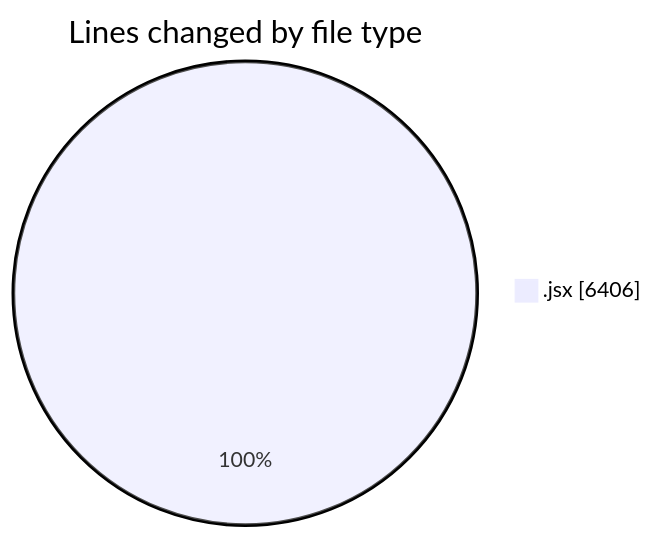
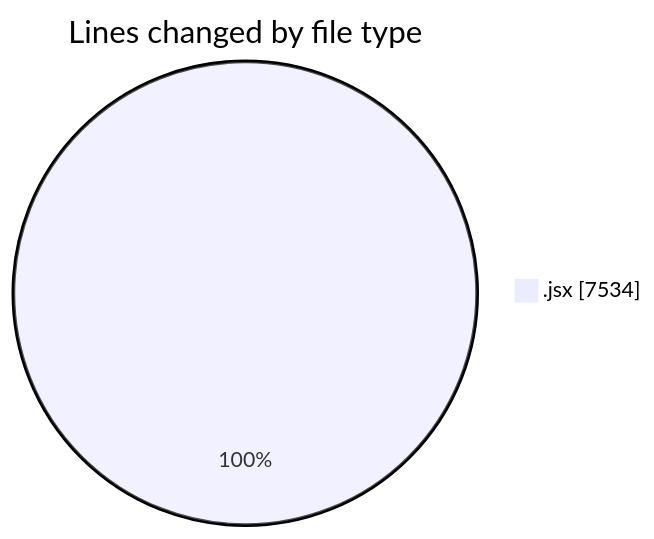
The first of 2 diagrams in 2025-09-09/nxtqube_webapp/README.md (nxtqubesakshisongat/code-tracking), drawn with Mermaid before and after one commit. The commit also changed other lines of this file and 1 other file, not shown here.

````diff
--- a/2025-09-09/nxtqube_webapp/README.md
+++ b/2025-09-09/nxtqube_webapp/README.md
@@ -22,5 +22,5 @@
 ```mermaid
 pie showData
 title Lines changed by file type
-".jsx" : 6406
+".jsx" : 7534
 ```
````
